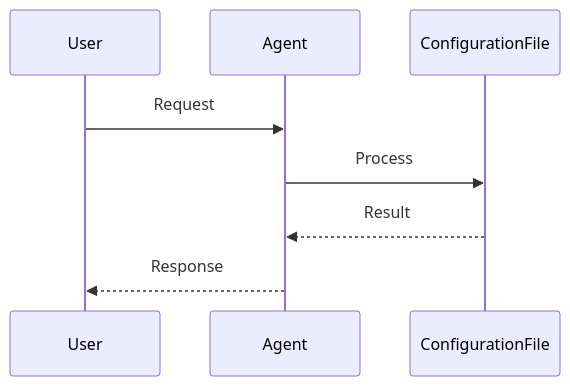
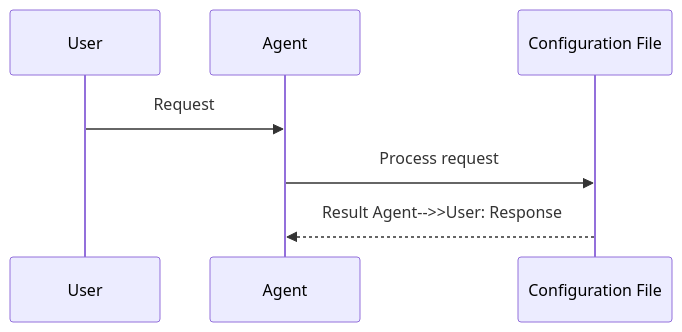
The second of 4 diagrams in docs/features/config-file.mdx (MervinPraison/PraisonAIDocs), drawn with Mermaid before and after one commit. The commit also changed 204 other files, not shown here.

First line of the commit message:
docs: align feature/tool pages with AGENTS.md hero + sequence + import standards (fixes #1775)

````diff
--- a/docs/features/config-file.mdx
+++ b/docs/features/config-file.mdx
@@ -43,11 +43,10 @@
 ```mermaid
 sequenceDiagram
     participant User
     participant Agent
-    participant ConfigurationFile
+    participant Feature as Configuration File
 
     User->>Agent: Request
-    Agent->>ConfigurationFile: Process
-    ConfigurationFile-->>Agent: Result
-    Agent-->>User: Response
+    Agent->>Feature: Process request
+    Feature-->>Agent: Result    Agent-->>User: Response
 ```
````
